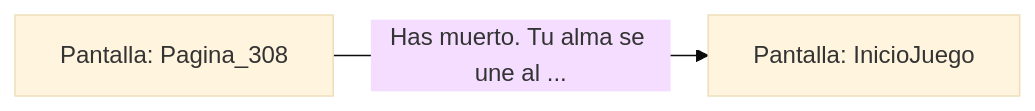
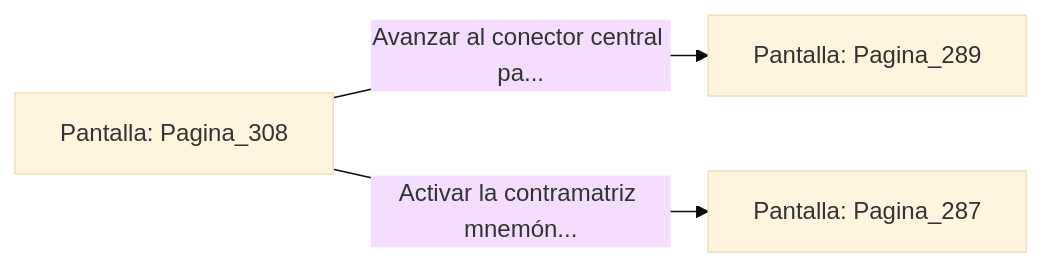
Before and after one commit to metsuke/mpl: the diagram in sample/eligejuego-vault/Pantalla_Pagina_308.md, drawn with Mermaid (base theme). The commit also changed other lines of this file and 635 other files, not shown here.

First line of the commit message:
fix: añadir Pagina_1 como pantalla inicial en capitulo_01.mpl

````diff
--- a/sample/eligejuego-vault/Pantalla_Pagina_308.md
+++ b/sample/eligejuego-vault/Pantalla_Pagina_308.md
@@ -17,5 +22,6 @@
 ```mermaid
 graph LR
     P_Pagina_308["Pantalla: Pagina_308"]
-    P_Pagina_308 -->|"Has muerto. Tu alma se une al ..."| P_InicioJuego["Pantalla: InicioJuego"]
+    P_Pagina_308 -->|"Avanzar al conector central pa..."| P_Pagina_289["Pantalla: Pagina_289"]
+    P_Pagina_308 -->|"Activar la contramatriz mnemón..."| P_Pagina_287["Pantalla: Pagina_287"]
 ```
````
